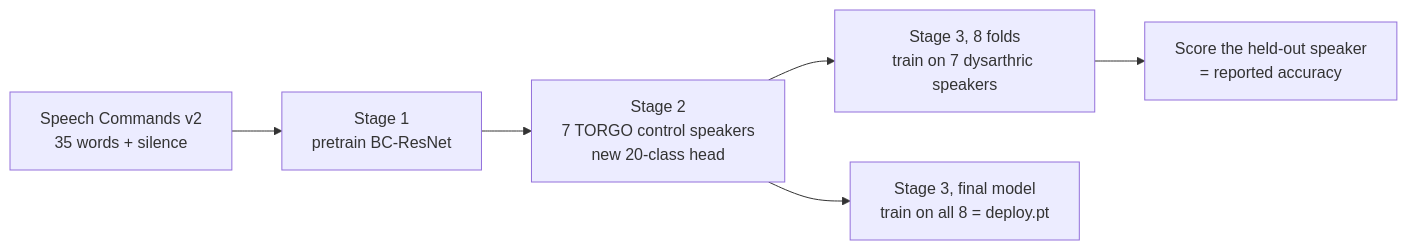
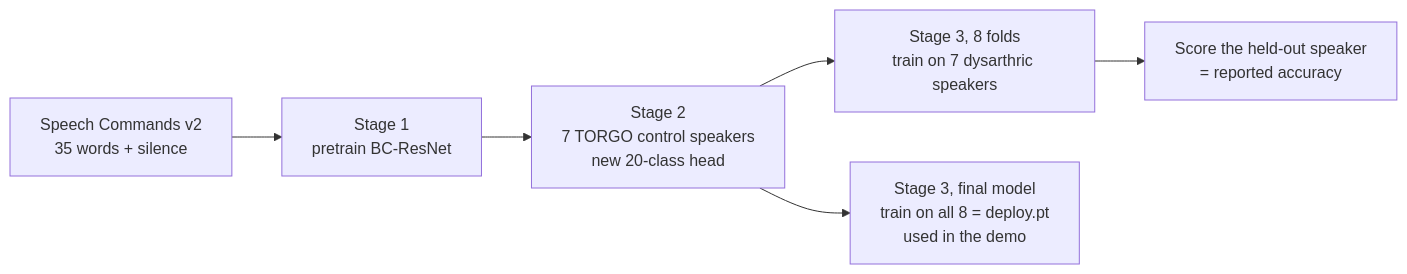
Before and after one commit to FYC23/dysarthric-voice-command-classifier: the diagram in README.md, drawn with Mermaid. The commit also changed other lines of this file and 4 other files, not shown here.

````diff
--- a/README.md
+++ b/README.md
@@ -71,8 +102,8 @@
 ```mermaid
 flowchart LR
     SC[Speech Commands v2<br/>35 words + silence] --> S1[Stage 1<br/>pretrain BC-ResNet]
     S1 --> S2[Stage 2<br/>7 TORGO control speakers<br/>new 20-class head]
     S2 --> F[Stage 3, 8 folds<br/>train on 7 dysarthric speakers]
     F --> E[Score the held-out speaker<br/>= reported accuracy]
-    S2 --> D[Stage 3, final model<br/>train on all 8 = deploy.pt]
+    S2 --> D[Stage 3, final model<br/>train on all 8 = deploy.pt<br/>used in the demo]
 ```
````
